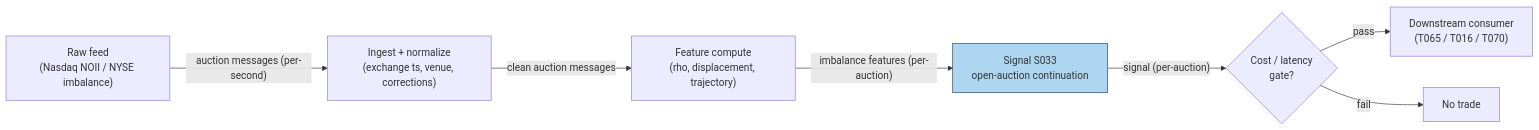
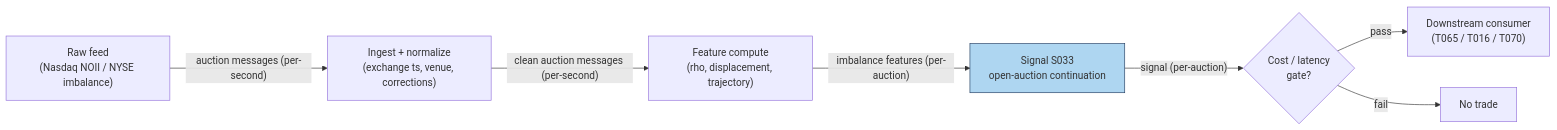
One commit to praveenguptahcl/quant-signals-deep changed the diagram in batches/SB5/S033.md. Above: the diagram before and after it, drawn with Mermaid. The commit also changed other lines of this file and 23 other files, not shown here.

````diff
--- a/batches/SB5/S033.md
+++ b/batches/SB5/S033.md
@@ -166,10 +166,10 @@
 ```mermaid
 flowchart LR
     FEED["Raw feed<br/>(Nasdaq NOII / NYSE imbalance)"] -->|"auction messages (per-second)"| ING["Ingest + normalize<br/>(exchange ts, venue, corrections)"]
-    ING -->|"clean auction messages"| FEAT["Feature compute<br/>(rho, displacement, trajectory)"]
+    ING -->|"clean auction messages (per-second)"| FEAT["Feature compute<br/>(rho, displacement, trajectory)"]
     FEAT -->|"imbalance features (per-auction)"| SIG["Signal S033<br/>open-auction continuation"]
     SIG -->|"signal (per-auction)"| GATE{"Cost / latency<br/>gate?"}
     GATE -->|pass| OUT["Downstream consumer<br/>(T065 / T016 / T070)"]
     GATE -->|fail| DROP["No trade"]
     style SIG fill:#aed6f1,stroke:#1f3a5f
 ```
````
